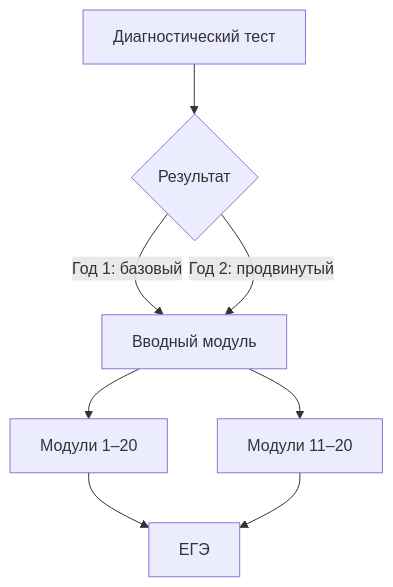
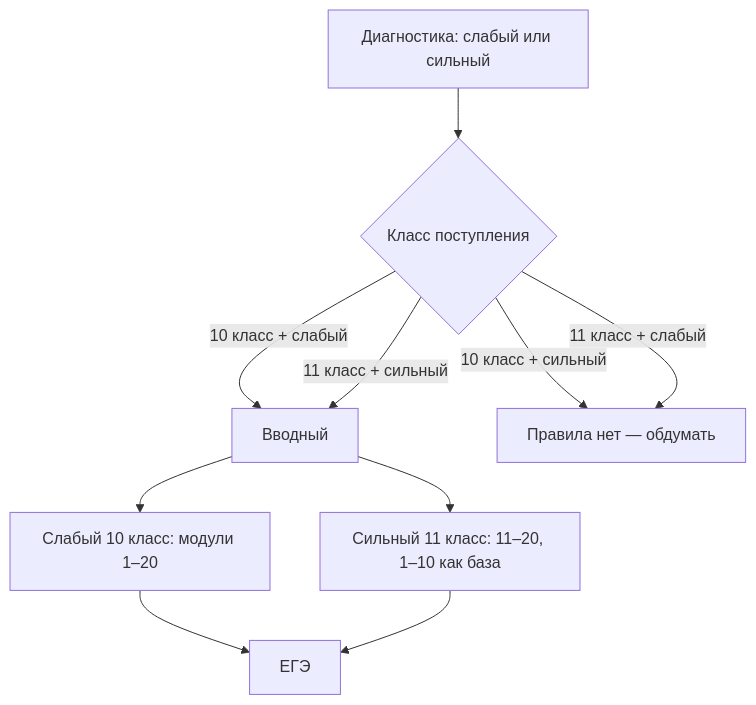
Before and after one commit to munlightshadow/music: the diagram in ege-english-course/README.md, drawn with Mermaid. The commit also changed other lines of this file and 5 other files, not shown here.

````diff
--- a/ege-english-course/README.md
+++ b/ege-english-course/README.md
@@ -23,10 +23,12 @@
 ```mermaid
 flowchart TD
-  A[Диагностический тест] --> B{Результат}
-  B -->|Год 1: базовый| C[Вводный модуль]
-  B -->|Год 2: продвинутый| C
-  C --> D[Модули 1–20]
-  C --> E[Модули 11–20]
+  A[Диагностика: слабый или сильный] --> B{Класс поступления}
+  B -->|10 класс + слабый| C[Вводный]
+  B -->|11 класс + сильный| C
+  B -->|10 класс + сильный| Q[Правила нет — обдумать]
+  B -->|11 класс + слабый| Q
+  C --> D[Слабый 10 класс: модули 1–20]
+  C --> E[Сильный 11 класс: 11–20, 1–10 как база]
   D --> F[ЕГЭ]
   E --> F
 ```
````
